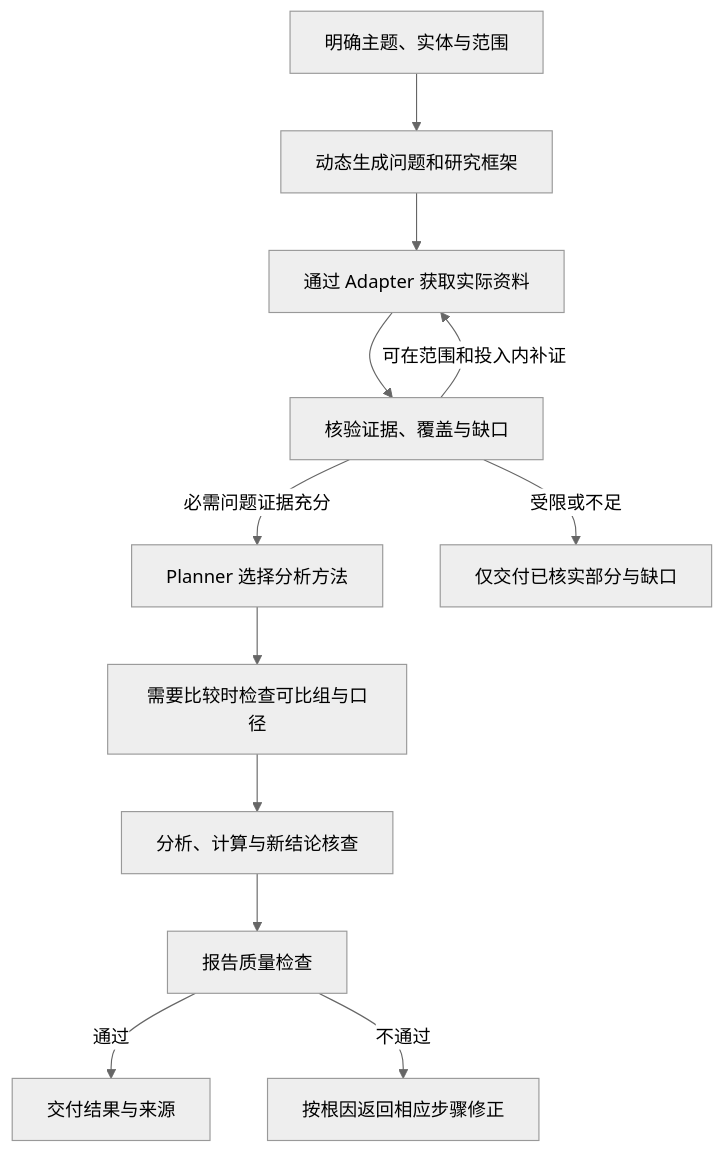
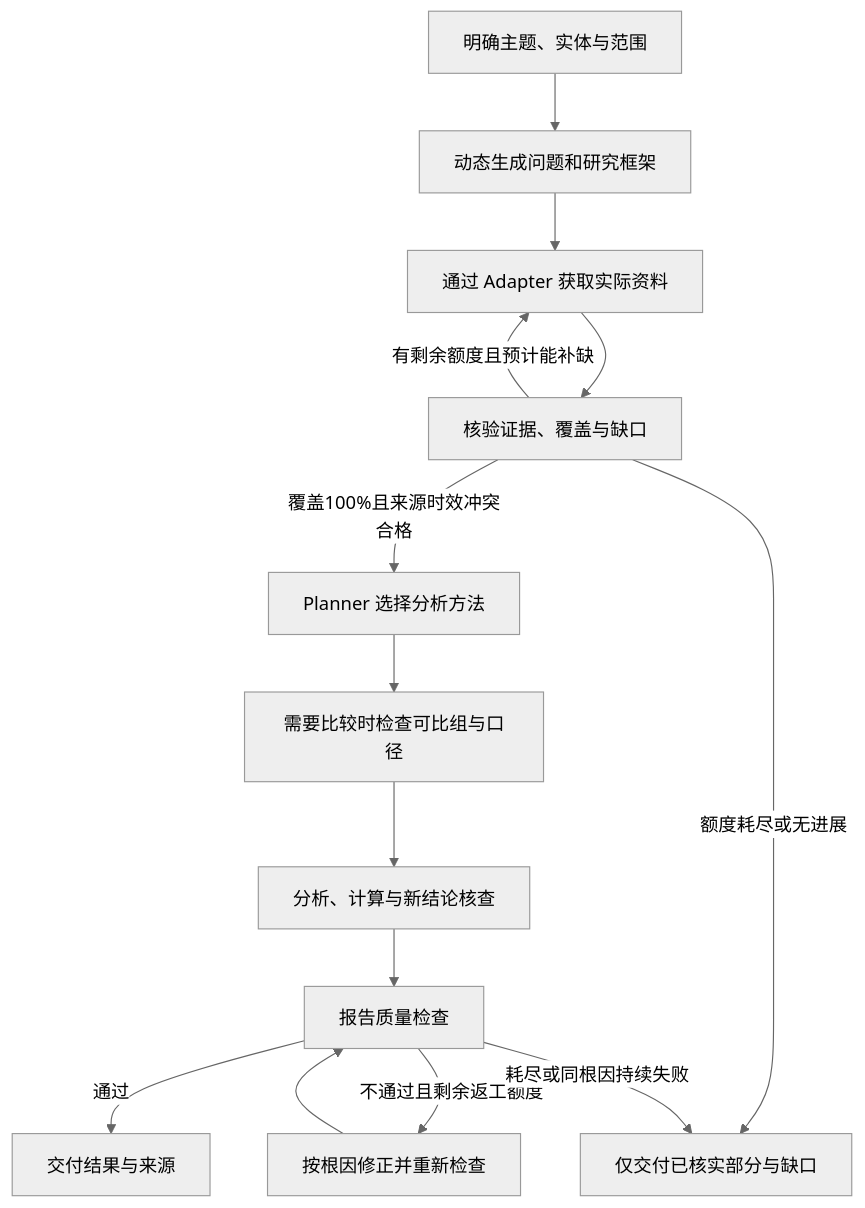
Before and after one commit to sakura1412/steal-her-heart: the diagram in README.md, drawn with Mermaid (neutral theme). The commit also changed other lines of this file and 13 other files, not shown here.

````diff
--- a/README.md
+++ b/README.md
@@ -96,14 +96,16 @@
 ```mermaid
 flowchart TD
     A[明确主题、实体与范围] --> B[动态生成问题和研究框架]
     B --> C[通过 Adapter 获取实际资料]
     C --> D[核验证据、覆盖与缺口]
-    D -->|可在范围和投入内补证| C
-    D -->|必需问题证据充分| E[Planner 选择分析方法]
-    D -->|受限或不足| L[仅交付已核实部分与缺口]
+    D -->|有剩余额度且预计能补缺| C
+    D -->|覆盖100%且来源时效冲突合格| E[Planner 选择分析方法]
+    D -->|额度耗尽或无进展| L[仅交付已核实部分与缺口]
     E --> F[需要比较时检查可比组与口径]
     F --> G[分析、计算与新结论核查]
     G --> H[报告质量检查]
     H -->|通过| I[交付结果与来源]
-    H -->|不通过| J[按根因返回相应步骤修正]
+    H -->|不通过且剩余返工额度| J[按根因修正并重新检查]
+    J --> H
+    H -->|耗尽或同根因持续失败| L
 ```
````
